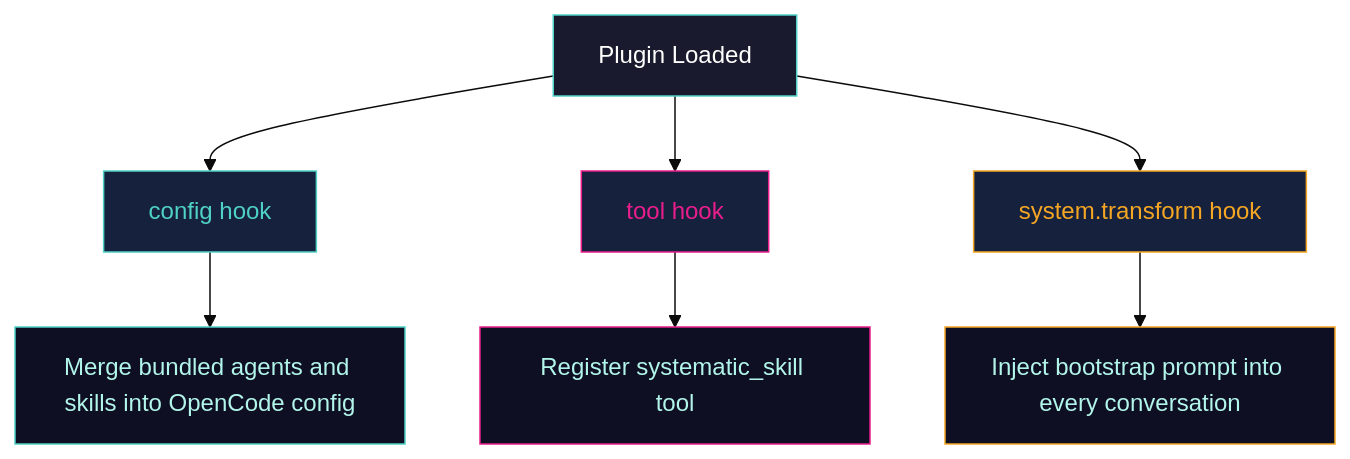
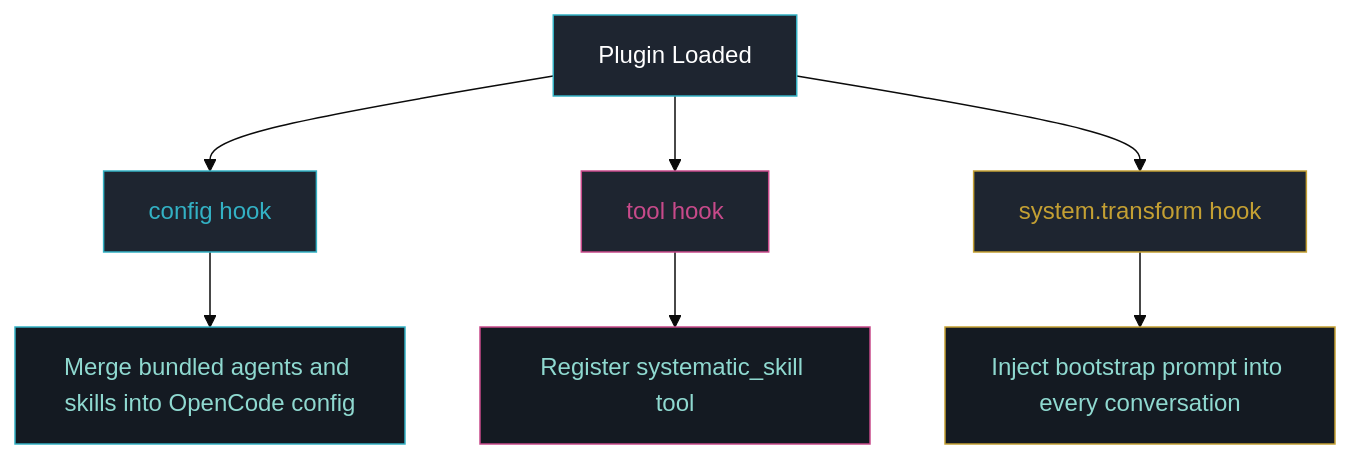
One commit to marcusrbrown/systematic changed the diagram in docs/src/content/docs/guides/architecture.mdx. Above: the diagram before and after it, drawn with Mermaid (base theme). The commit also changed other lines of this file, not shown here.

Commit message:
fix(docs): modernize architecture guide (#422)

````diff
--- a/docs/src/content/docs/guides/architecture.mdx
+++ b/docs/src/content/docs/guides/architecture.mdx
@@ -20,18 +20,18 @@
 ```mermaid
 flowchart TB
     A[Plugin Loaded] --> B[config hook]
     A --> C[tool hook]
     A --> D[system.transform hook]
 
     B --> E[Merge bundled agents and skills into OpenCode config]
     C --> F[Register systematic_skill tool]
     D --> G[Inject bootstrap prompt into every conversation]
 
-    style A fill:#1a1a2e,stroke:#4FD1C5,color:#fff
-    style B fill:#16213e,stroke:#4FD1C5,color:#4FD1C5
-    style C fill:#16213e,stroke:#E91E8C,color:#E91E8C
-    style D fill:#16213e,stroke:#F5A623,color:#F5A623
-    style E fill:#0f0f23,stroke:#4FD1C5,color:#B2F5EA
-    style F fill:#0f0f23,stroke:#E91E8C,color:#B2F5EA
-    style G fill:#0f0f23,stroke:#F5A623,color:#B2F5EA
+    style A fill:#1e2530,stroke:#33b1c4,color:#fff
+    style B fill:#1e2530,stroke:#33b1c4,color:#33b1c4
+    style C fill:#1e2530,stroke:#c74a8a,color:#c74a8a
+    style D fill:#1e2530,stroke:#c4a033,color:#c4a033
+    style E fill:#141a22,stroke:#33b1c4,color:#8fd9d0
+    style F fill:#141a22,stroke:#c74a8a,color:#8fd9d0
+    style G fill:#141a22,stroke:#c4a033,color:#8fd9d0
 ```
````
